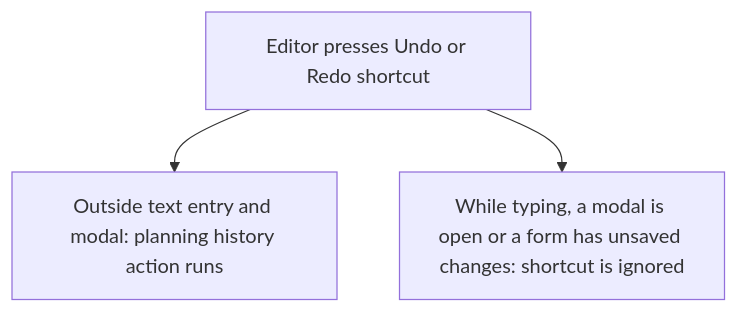
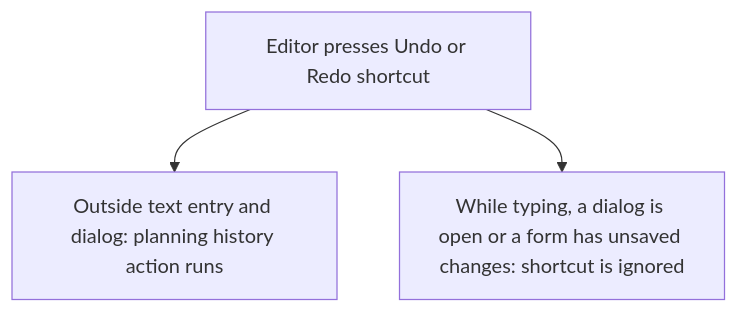
The first of 2 diagrams in user-stories/toolbar/US-TBR-07-undo-redo-keyboard.md (Kevinjohn/capacitylens), drawn with Mermaid before and after one commit. The commit also changed other lines of this file and 88 other files, not shown here.

First line of the commit message:
Modal to dialog: rename the form dialog wrapper and remaining names

````diff
--- a/user-stories/toolbar/US-TBR-07-undo-redo-keyboard.md
+++ b/user-stories/toolbar/US-TBR-07-undo-redo-keyboard.md
@@ -22,8 +22,8 @@
 ```mermaid
 flowchart TD
   A["Editor presses Undo or Redo shortcut"]
-  B["Outside text entry and modal: planning history action runs"]
-  C["While typing, a modal is open or a form has unsaved changes: shortcut is ignored"]
+  B["Outside text entry and dialog: planning history action runs"]
+  C["While typing, a dialog is open or a form has unsaved changes: shortcut is ignored"]
   A --> B
   A --> C
 ```
````
